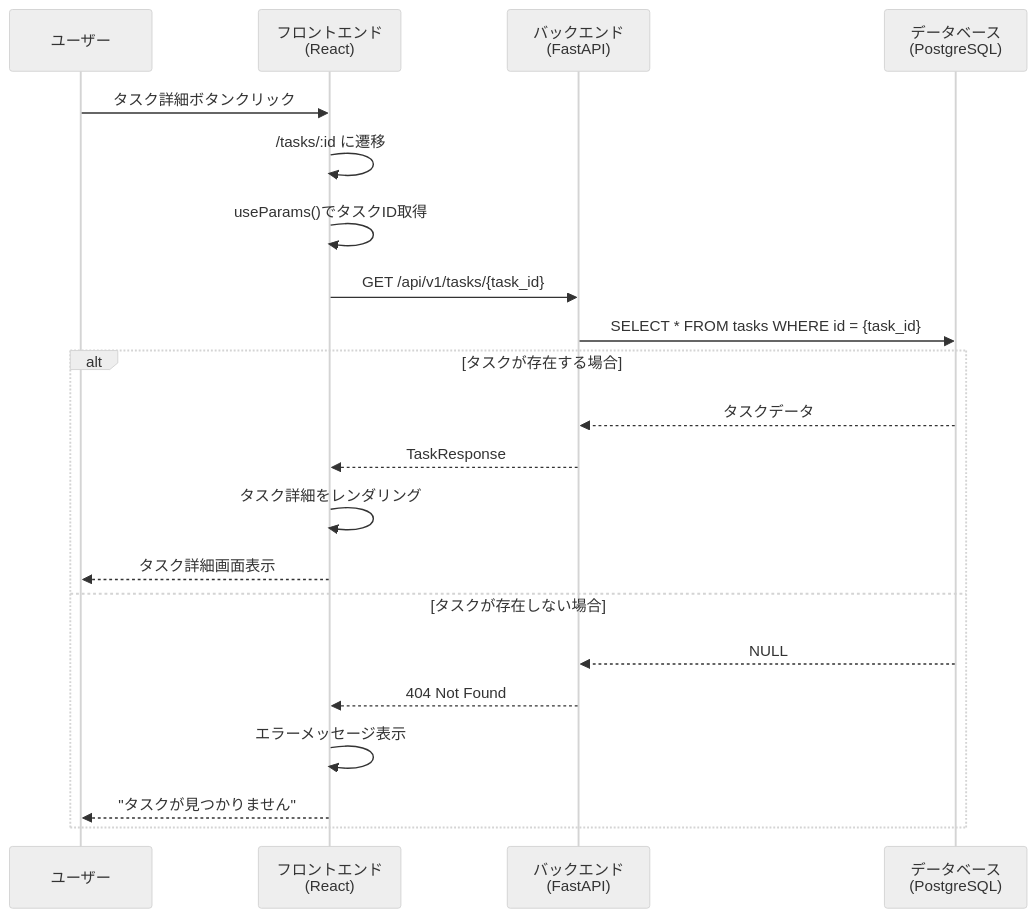
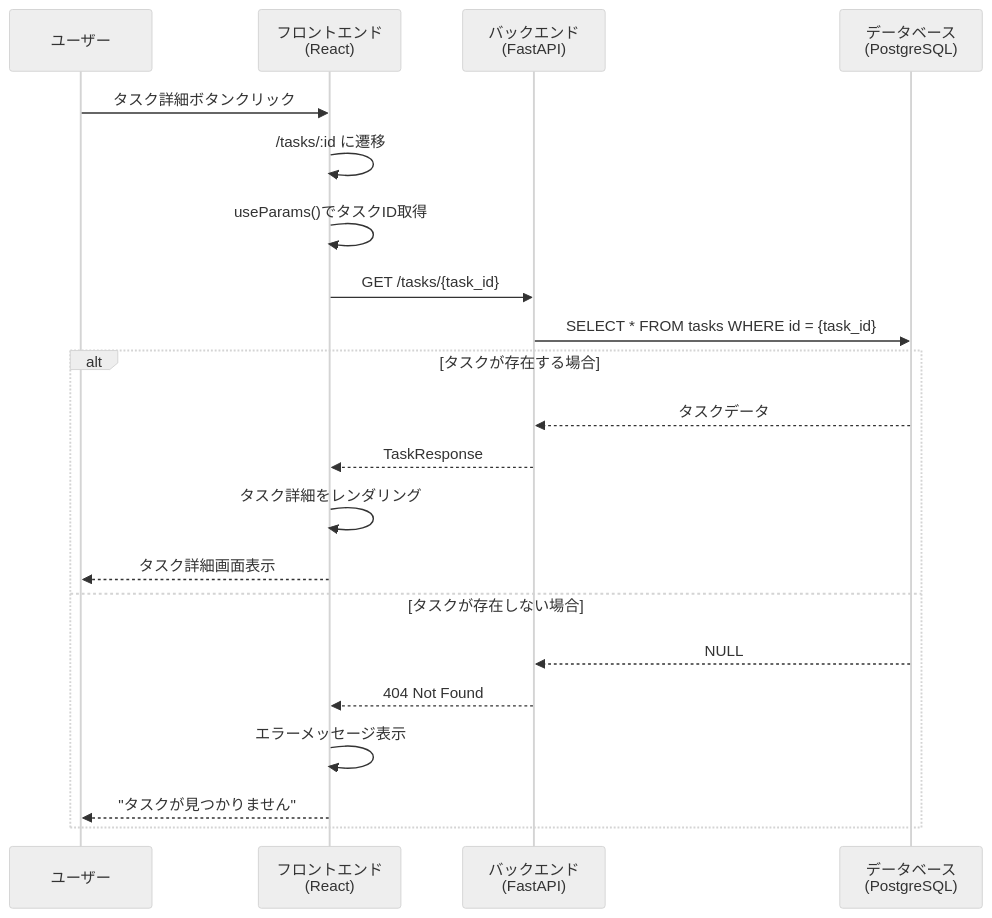
The second of 7 diagrams in doc/基本設計/シーケンス図.md (dbd-fish/claude-code_task-system), drawn with Mermaid (neutral theme) before and after one commit. The commit also changed other lines of this file and 37 other files, not shown here.

````diff
--- a/doc/基本設計/シーケンス図.md
+++ b/doc/基本設計/シーケンス図.md
@@ -31,25 +31,25 @@
 ```mermaid
 sequenceDiagram
     participant U as ユーザー
     participant F as フロントエンド<br/>(React)
     participant B as バックエンド<br/>(FastAPI)
     participant D as データベース<br/>(PostgreSQL)
 
     U->>F: タスク詳細ボタンクリック
     F->>F: /tasks/:id に遷移
     F->>F: useParams()でタスクID取得
-    F->>B: GET /api/v1/tasks/{task_id}
+    F->>B: GET /tasks/{task_id}
     B->>D: SELECT * FROM tasks WHERE id = {task_id}
     
     alt タスクが存在する場合
         D-->>B: タスクデータ
         B-->>F: TaskResponse
         F->>F: タスク詳細をレンダリング
         F-->>U: タスク詳細画面表示
     else タスクが存在しない場合
         D-->>B: NULL
         B-->>F: 404 Not Found
         F->>F: エラーメッセージ表示
         F-->>U: "タスクが見つかりません"
     end
 ```
````
